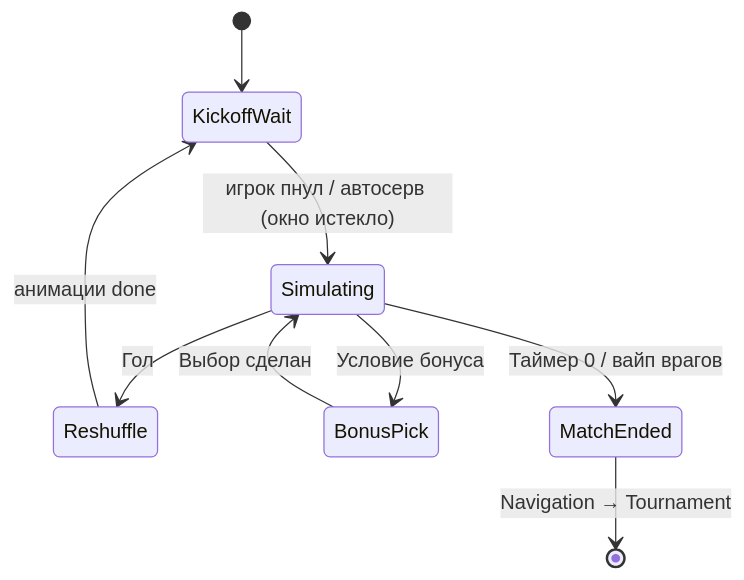
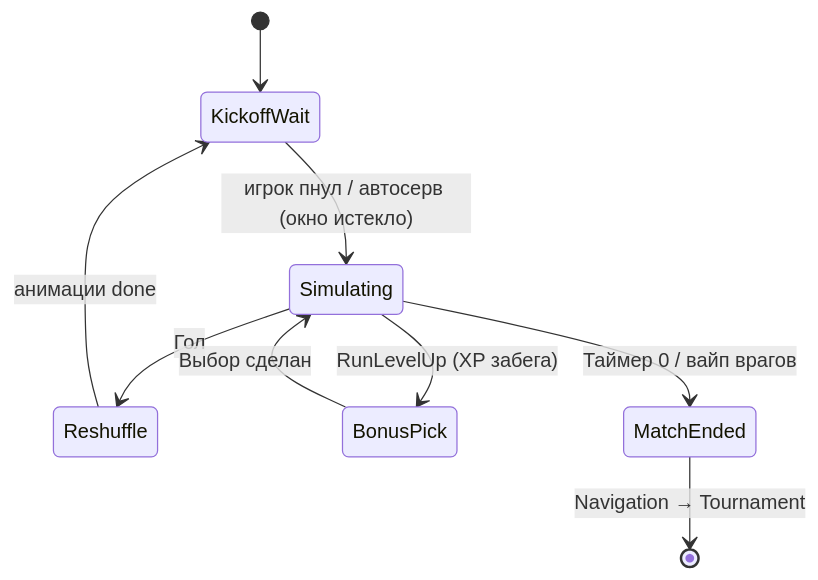
The fourth of 4 diagrams in Wiki/FutboloidWiki/Архитектура/Машины состояний.md (DeployChef/Futboloid), drawn with Mermaid before and after one commit. The commit also changed other lines of this file and 8 other files, not shown here.

````diff
--- a/Wiki/FutboloidWiki/Архитектура/Машины состояний.md
+++ b/Wiki/FutboloidWiki/Архитектура/Машины состояний.md
@@ -161,11 +161,11 @@
 ```mermaid
 stateDiagram-v2
     [*] --> KickoffWait
     KickoffWait --> Simulating: игрок пнул / автосерв (окно истекло)
     Simulating --> Reshuffle: Гол
     Reshuffle --> KickoffWait: анимации done
-    Simulating --> BonusPick: Условие бонуса
+    Simulating --> BonusPick: RunLevelUp (XP забега)
     BonusPick --> Simulating: Выбор сделан
     Simulating --> MatchEnded: Таймер 0 / вайп врагов
     MatchEnded --> [*]: Navigation → Tournament
 ```
````
